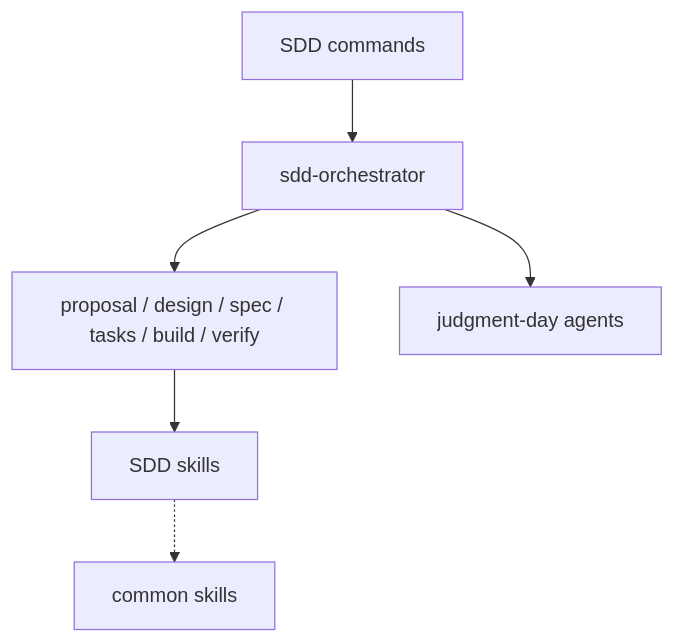
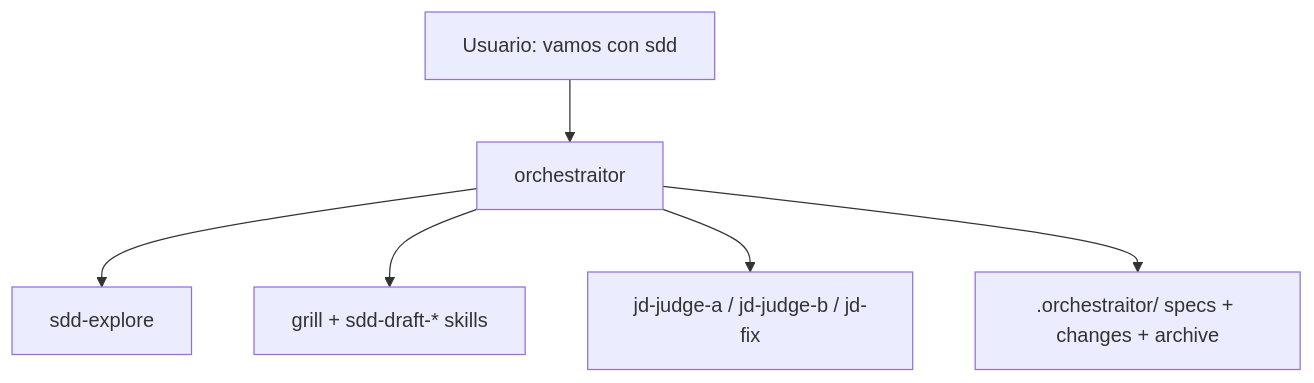
The diagram in domains/sdd/README.md (andresnator/agents-orchestrator), drawn with Mermaid before and after one commit. The commit also changed other lines of this file and 41 other files, not shown here.

First line of the commit message:
Refactor SDD workflow: remove obsolete commands and skills

````diff
--- a/domains/sdd/README.md
+++ b/domains/sdd/README.md
@@ -9,8 +9,8 @@
 ```mermaid
 graph TD
-  commands[SDD commands] --> orchestrator[sdd-orchestrator]
-  orchestrator --> lifecycle[proposal / design / spec / tasks / build / verify]
-  lifecycle --> skills[SDD skills]
-  orchestrator --> jd[judgment-day agents]
-  skills -.-> common[common skills]
+  user[Usuario: vamos con sdd] --> orch[orchestraitor]
+  orch --> explore[sdd-explore]
+  orch --> skills[grill + sdd-draft-* skills]
+  orch --> jd[jd-judge-a / jd-judge-b / jd-fix]
+  orch --> files[.orchestraitor/ specs + changes + archive]
 ```
````
